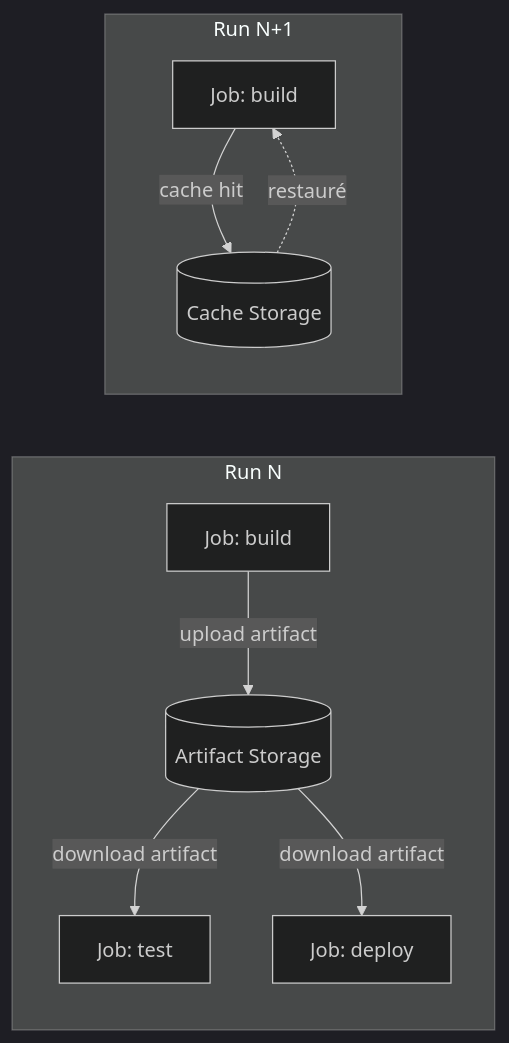
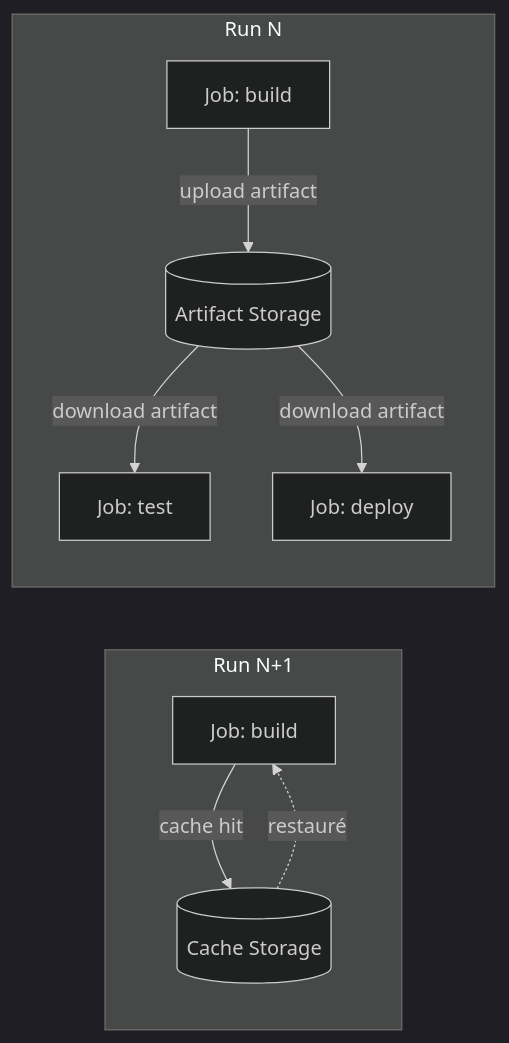
Before and after one commit to gpeyet-learning/guide-github-actions: the first of 2 diagrams in content/fondamentaux/artifacts-et-cache.md, drawn with Mermaid (dark theme). The commit also changed other lines of this file and 6 other files, not shown here.

````diff
--- a/content/fondamentaux/artifacts-et-cache.md
+++ b/content/fondamentaux/artifacts-et-cache.md
@@ -13,12 +13,12 @@
 ```mermaid
 graph LR
+    subgraph Run N+1
+        J4[Job: build] -->|cache hit| C[(Cache Storage)]
+        C -.->|restauré| J4
+    end
     subgraph Run N
         J1[Job: build] -->|upload artifact| A[(Artifact Storage)]
         A -->|download artifact| J2[Job: test]
         A -->|download artifact| J3[Job: deploy]
     end
-    subgraph Run N+1
-        J4[Job: build] -->|cache hit| C[(Cache Storage)]
-        C -.->|restauré| J4
-    end
 ```
````
